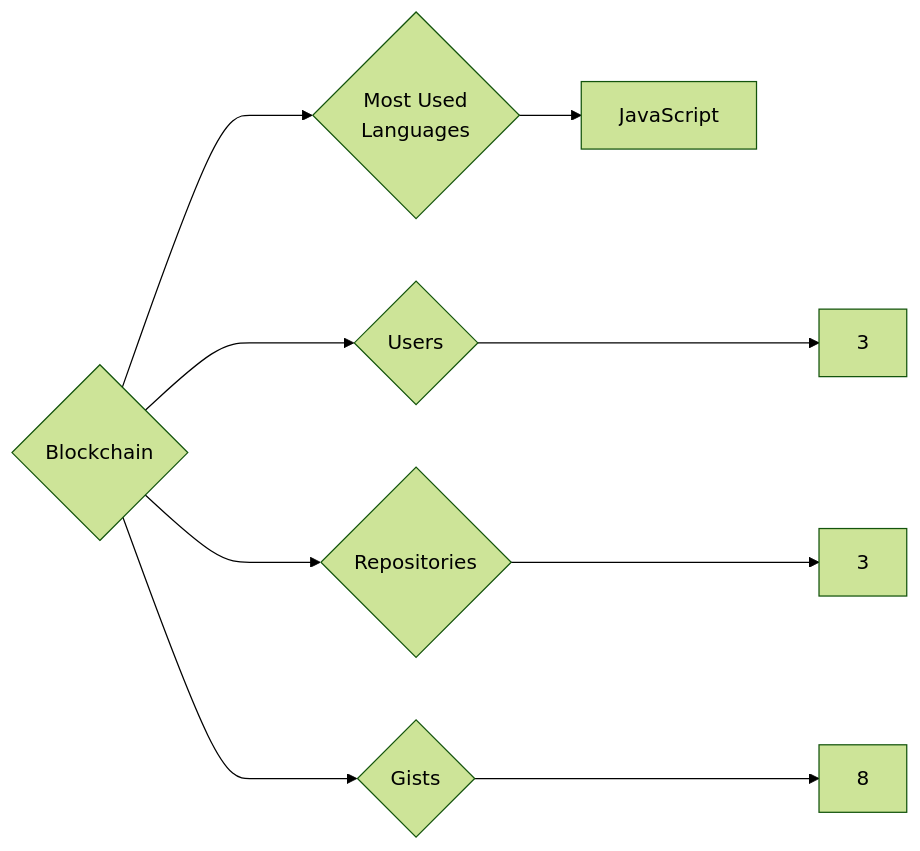
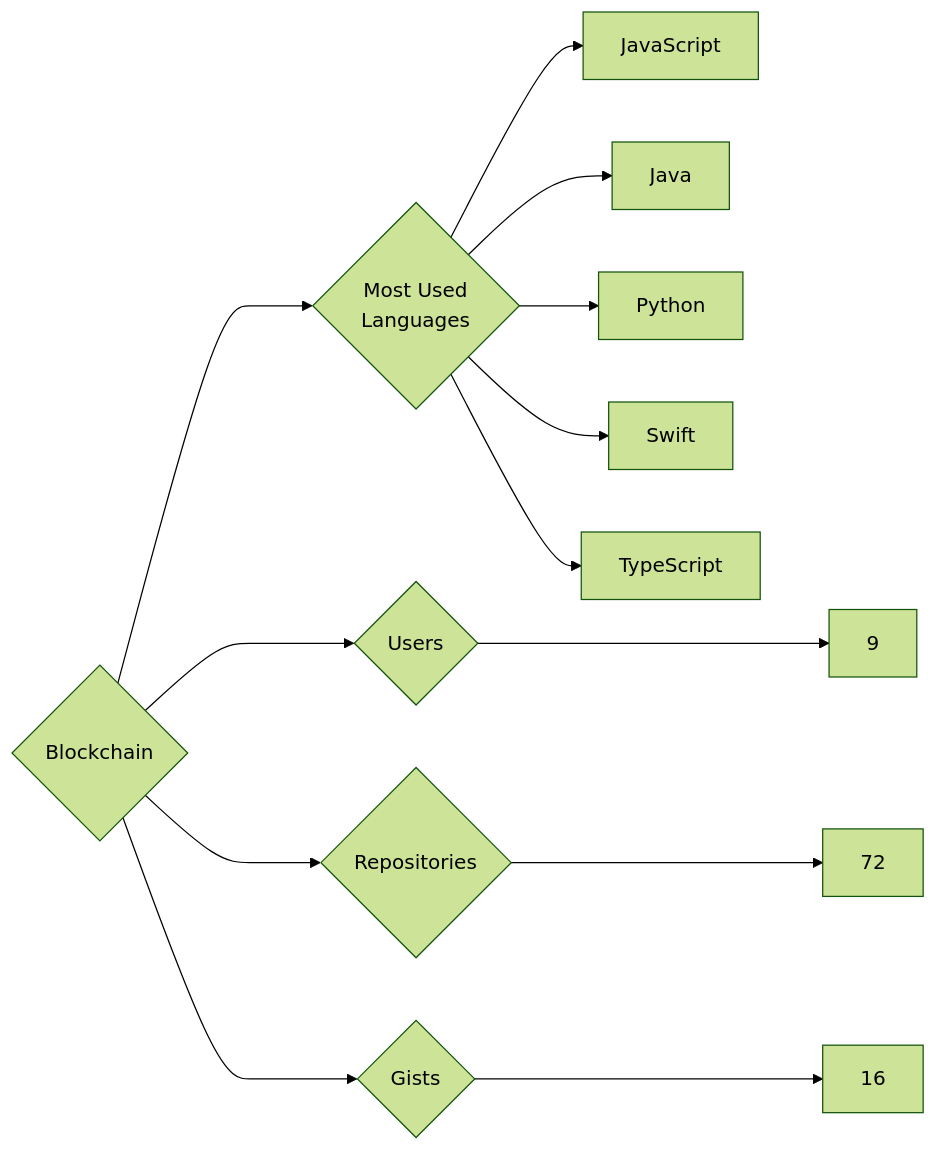
Before and after one commit to trickest/insiders: the diagram in targets/Blockchain/README.md, drawn with Mermaid (forest theme). The commit also changed 1078 other files, not shown here.

````diff
--- a/targets/Blockchain/README.md
+++ b/targets/Blockchain/README.md
@@ -3,9 +3,13 @@
 ```mermaid
 graph LR
 COMPANY_NAME{Blockchain}
-COMPANY_NAME ---> U{Users} ---> UN[3]
-COMPANY_NAME ---> R{Repositories} ---> RN[3]
-COMPANY_NAME ---> G{Gists} ---> GN[8]
+COMPANY_NAME ---> U{Users} ---> UN[9]
+COMPANY_NAME ---> R{Repositories} ---> RN[72]
+COMPANY_NAME ---> G{Gists} ---> GN[16]
 COMPANY_NAME ---> ML{Most Used<br>Languages}
 ML --> JavaScript[JavaScript]
+ML --> Java[Java]
+ML --> Python[Python]
+ML --> Swift[Swift]
+ML --> TypeScript[TypeScript]
 ```
````
